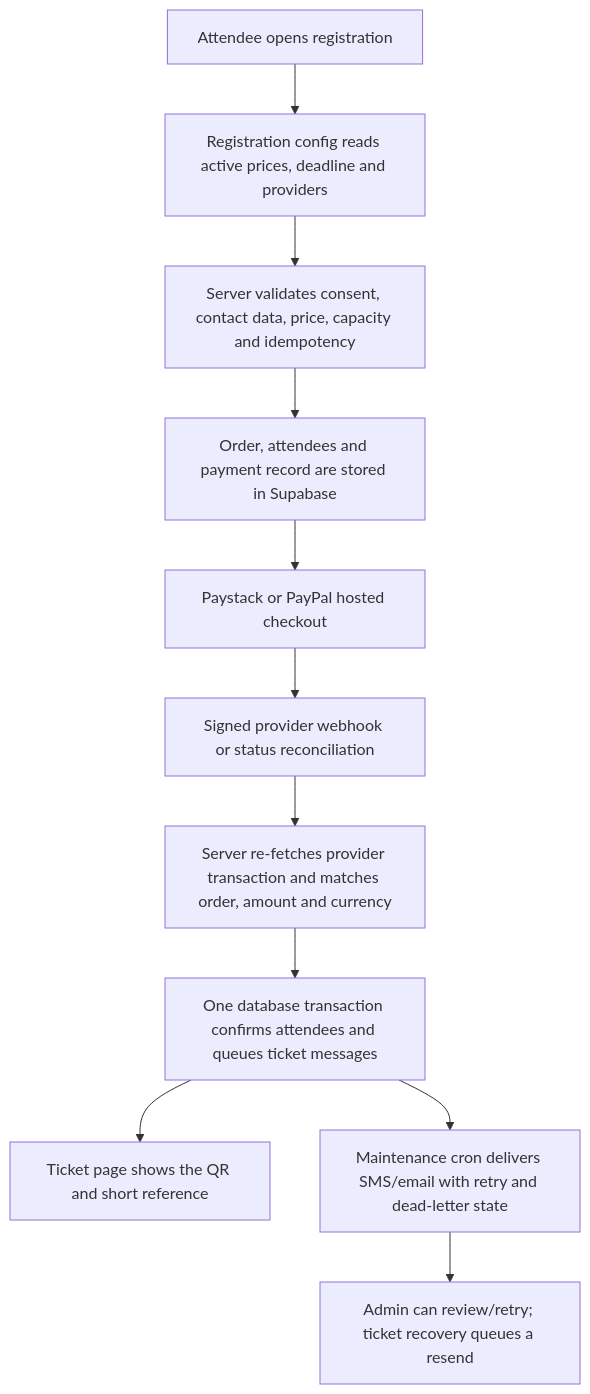
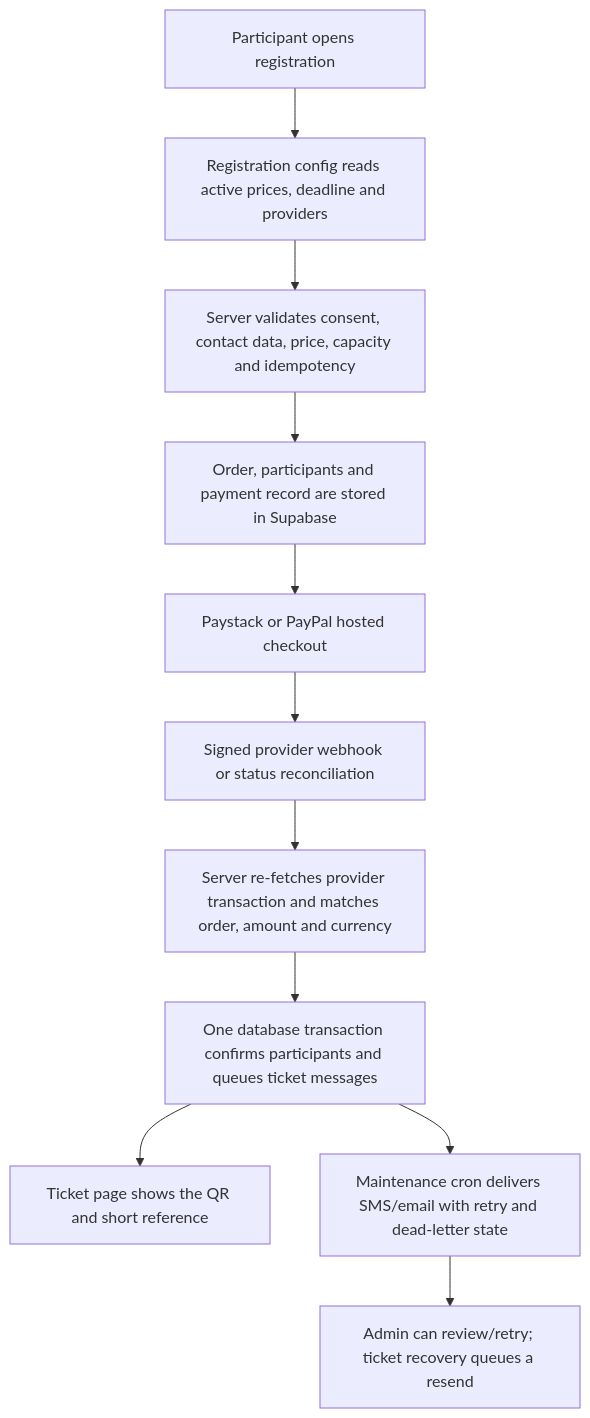
Before and after one commit to Chrisdouglas12/Event: the first of 4 diagrams in frontend/PROJECT_FLOW.md, drawn with Mermaid. The commit also changed other lines of this file and 84 other files, not shown here.

````diff
--- a/frontend/PROJECT_FLOW.md
+++ b/frontend/PROJECT_FLOW.md
@@ -7,13 +7,13 @@
 ```mermaid
 flowchart TD
-  A[Attendee opens registration] --> B[Registration config reads active prices, deadline and providers]
+  A[Participant opens registration] --> B[Registration config reads active prices, deadline and providers]
   B --> C[Server validates consent, contact data, price, capacity and idempotency]
-  C --> D[Order, attendees and payment record are stored in Supabase]
+  C --> D[Order, participants and payment record are stored in Supabase]
   D --> E[Paystack or PayPal hosted checkout]
   E --> F[Signed provider webhook or status reconciliation]
   F --> G[Server re-fetches provider transaction and matches order, amount and currency]
-  G --> H[One database transaction confirms attendees and queues ticket messages]
+  G --> H[One database transaction confirms participants and queues ticket messages]
   H --> I[Ticket page shows the QR and short reference]
   H --> J[Maintenance cron delivers SMS/email with retry and dead-letter state]
   J --> K[Admin can review/retry; ticket recovery queues a resend]
 ```
````
